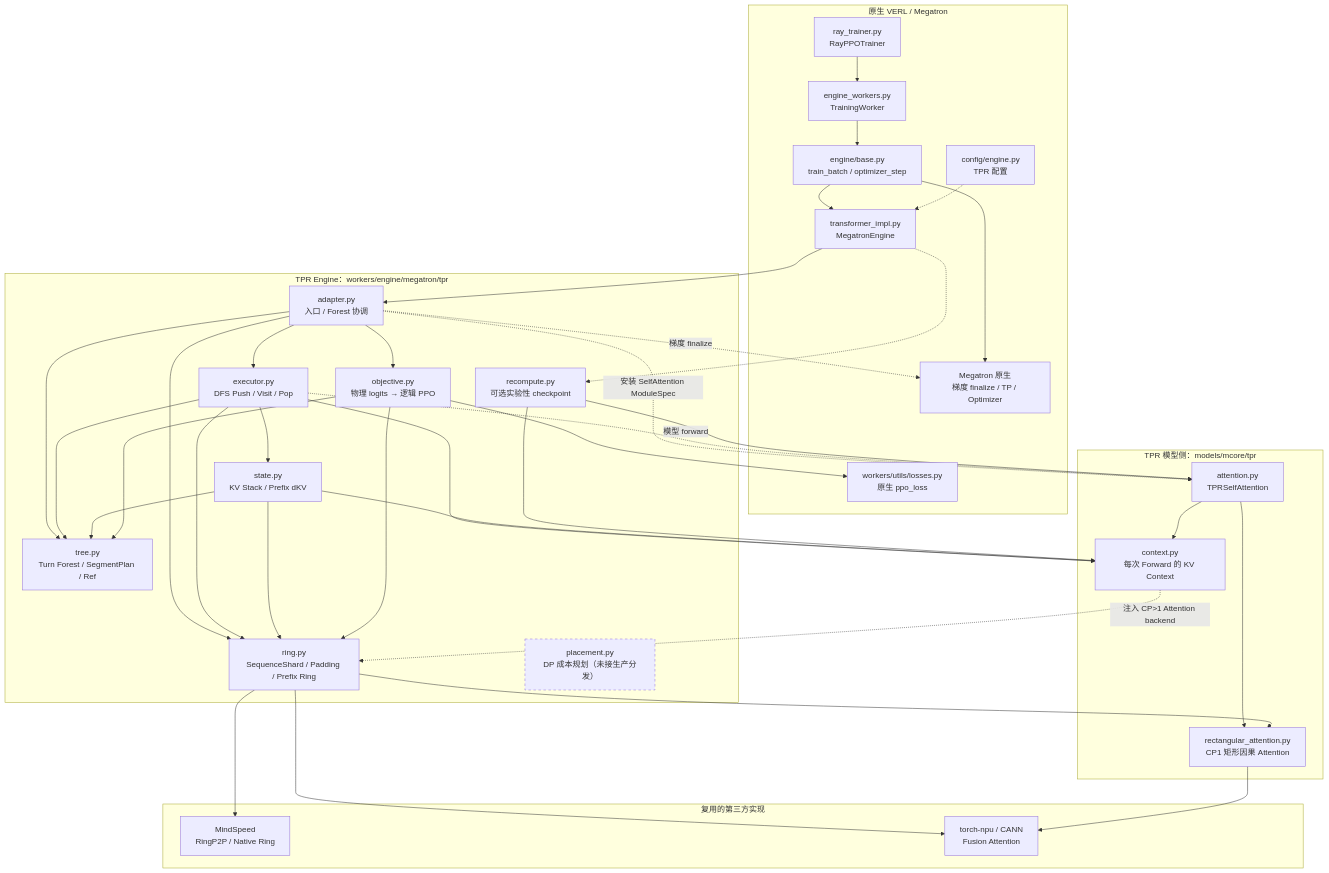
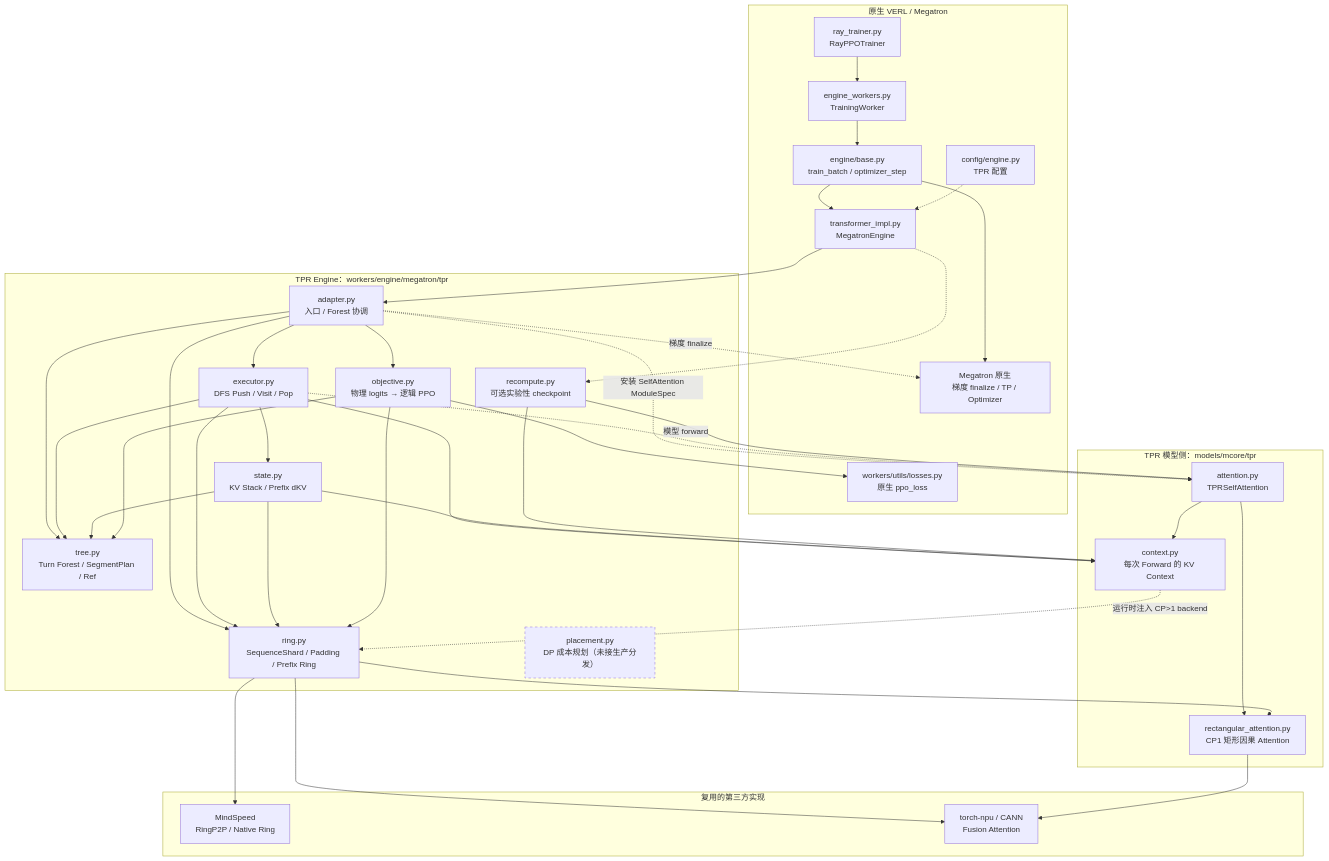
One commit to 1903943257/verl-tpr changed the diagram in docs/tpr/TPR开发文档.md. Above: the diagram before and after it, drawn with Mermaid.

Commit message:
docs(tpr): use compatible Mermaid labels for optional dependency edges

````diff
--- a/docs/tpr/TPR开发文档.md
+++ b/docs/tpr/TPR开发文档.md
@@ -75,73 +75,73 @@
 ```mermaid
 flowchart TB
     subgraph Native["原生 VERL / Megatron"]
         Trainer["ray_trainer.py<br/>RayPPOTrainer"]
         Worker["engine_workers.py<br/>TrainingWorker"]
         Base["engine/base.py<br/>train_batch / optimizer_step"]
         Engine["transformer_impl.py<br/>MegatronEngine"]
         Config["config/engine.py<br/>TPR 配置"]
         PPO["workers/utils/losses.py<br/>原生 ppo_loss"]
         Finalize["Megatron 原生<br/>梯度 finalize / TP / Optimizer"]
     end
 
     subgraph TPR["TPR Engine：workers/engine/megatron/tpr"]
         Adapter["adapter.py<br/>入口 / Forest 协调"]
         Tree["tree.py<br/>Turn Forest / SegmentPlan / Ref"]
         Executor["executor.py<br/>DFS Push / Visit / Pop"]
         State["state.py<br/>KV Stack / Prefix dKV"]
         Objective["objective.py<br/>物理 logits → 逻辑 PPO"]
         Ring["ring.py<br/>SequenceShard / Padding / Prefix Ring"]
         Recompute["recompute.py<br/>可选实验性 checkpoint"]
         Placement["placement.py<br/>DP 成本规划（未接生产分发）"]
     end
 
     subgraph Model["TPR 模型侧：models/mcore/tpr"]
         Attention["attention.py<br/>TPRSelfAttention"]
         Context["context.py<br/>每次 Forward 的 KV Context"]
         Rect["rectangular_attention.py<br/>CP1 矩形因果 Attention"]
     end
 
     subgraph Reuse["复用的第三方实现"]
         MindSpeed["MindSpeed<br/>RingP2P / Native Ring"]
         CANN["torch-npu / CANN<br/>Fusion Attention"]
     end
 
     Trainer --> Worker
     Worker --> Base
     Base --> Engine
     Config -.-> Engine
     Base --> Finalize
     Engine --> Adapter
     Engine -.-> Recompute
 
     Adapter --> Tree
     Adapter --> Executor
     Adapter --> Objective
     Adapter --> Ring
-    Adapter -. "安装 SelfAttention ModuleSpec" .-> Attention
-    Adapter -. "梯度 finalize" .-> Finalize
+    Adapter -.->|安装 SelfAttention ModuleSpec| Attention
+    Adapter -.->|梯度 finalize| Finalize
 
     Executor --> Tree
     Executor --> State
     Executor --> Ring
     Executor --> Context
-    Executor -. "模型 forward" .-> Attention
+    Executor -.->|模型 forward| Attention
     State --> Tree
     State --> Context
     State --> Ring
     Objective --> Tree
     Objective --> Ring
     Objective --> PPO
 
     Attention --> Context
     Attention --> Rect
-    Context -. "注入 CP>1 Attention backend" .-> Ring
+    Context -.->|运行时注入 CP>1 backend| Ring
     Recompute --> Attention
     Recompute --> Context
     Ring --> Rect
     Ring --> MindSpeed
     Ring --> CANN
     Rect --> CANN
 
     style Placement stroke-dasharray: 5 5
 ```
````
